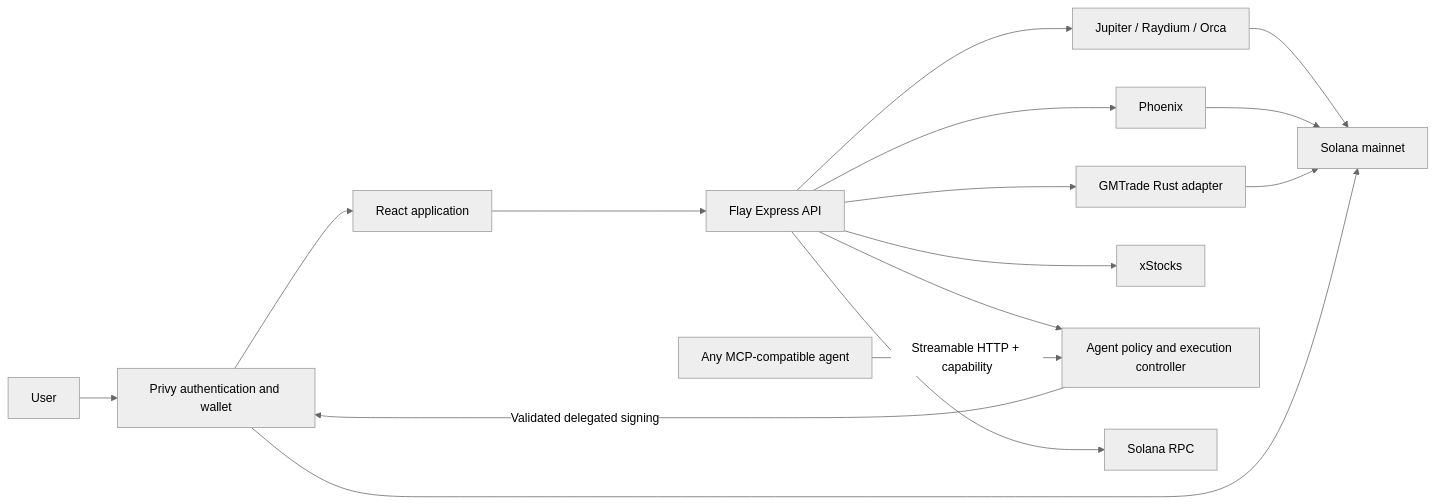
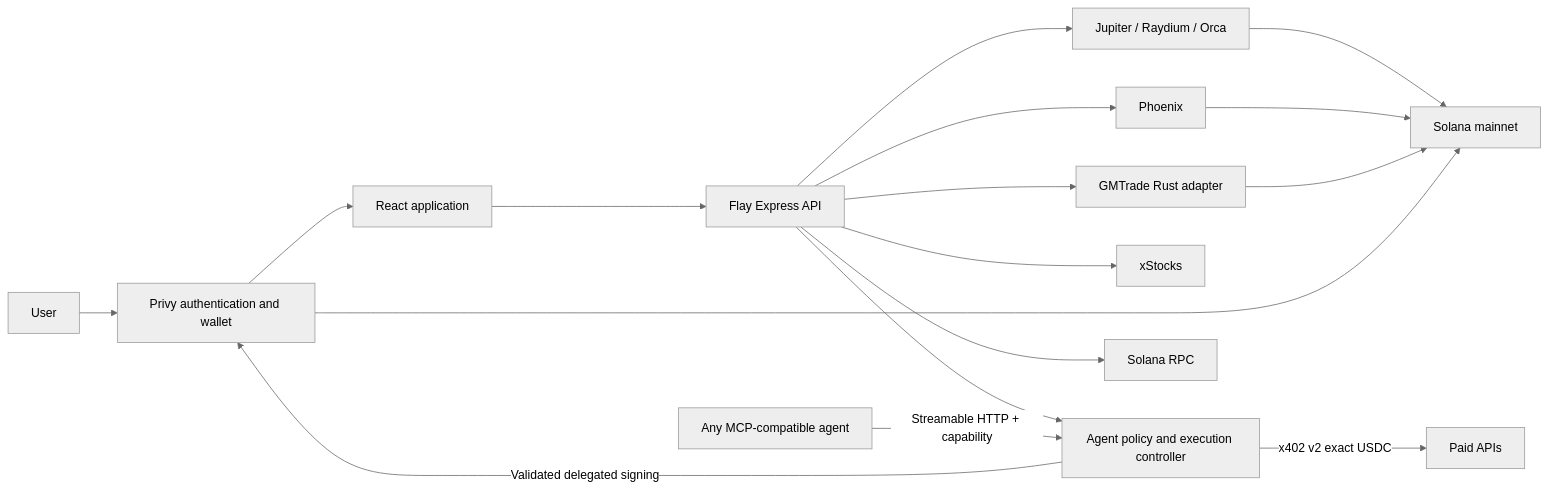
The diagram in README.md (tutulign/flay), drawn with Mermaid (neutral theme) before and after one commit. The commit also changed other lines of this file and 20 other files, not shown here.

````diff
--- a/README.md
+++ b/README.md
@@ -27,18 +28,19 @@
 ```mermaid
 flowchart LR
     U[User] --> P[Privy authentication and wallet]
     P --> W[React application]
     W --> A[Flay Express API]
     A --> C[Jupiter / Raydium / Orca]
     A --> F[Phoenix]
     A --> G[GMTrade Rust adapter]
     A --> X[xStocks]
     A --> AI[Agent policy and execution controller]
     M[Any MCP-compatible agent] -->|Streamable HTTP + capability| AI
+    AI -->|x402 v2 exact USDC| Q[Paid APIs]
     A --> R[Solana RPC]
     C --> S[Solana mainnet]
     F --> S
     G --> S
     P --> S
     AI -->|Validated delegated signing| P
 ```
````
